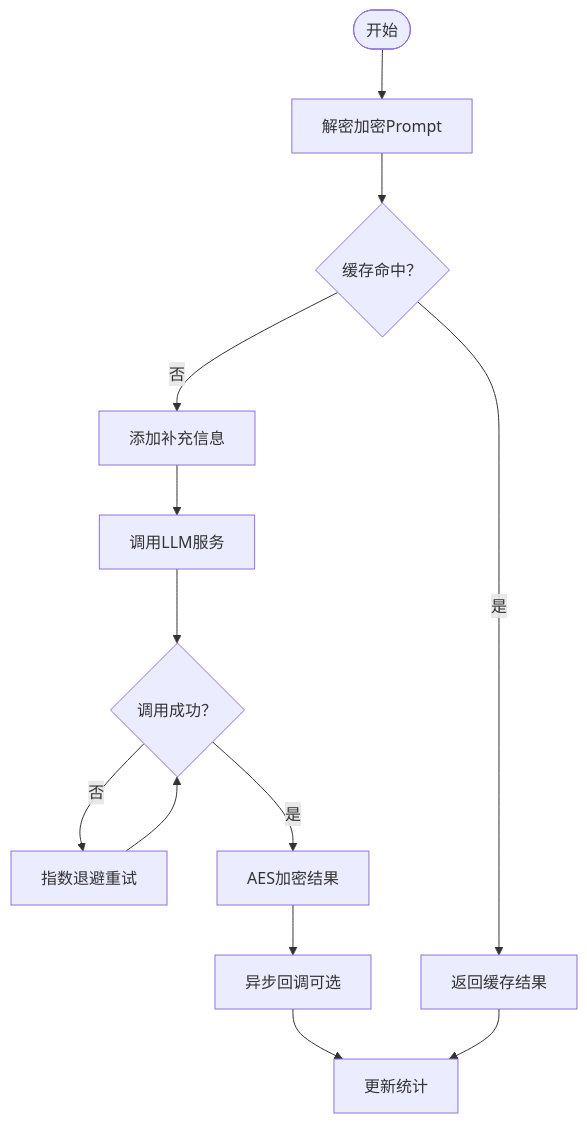
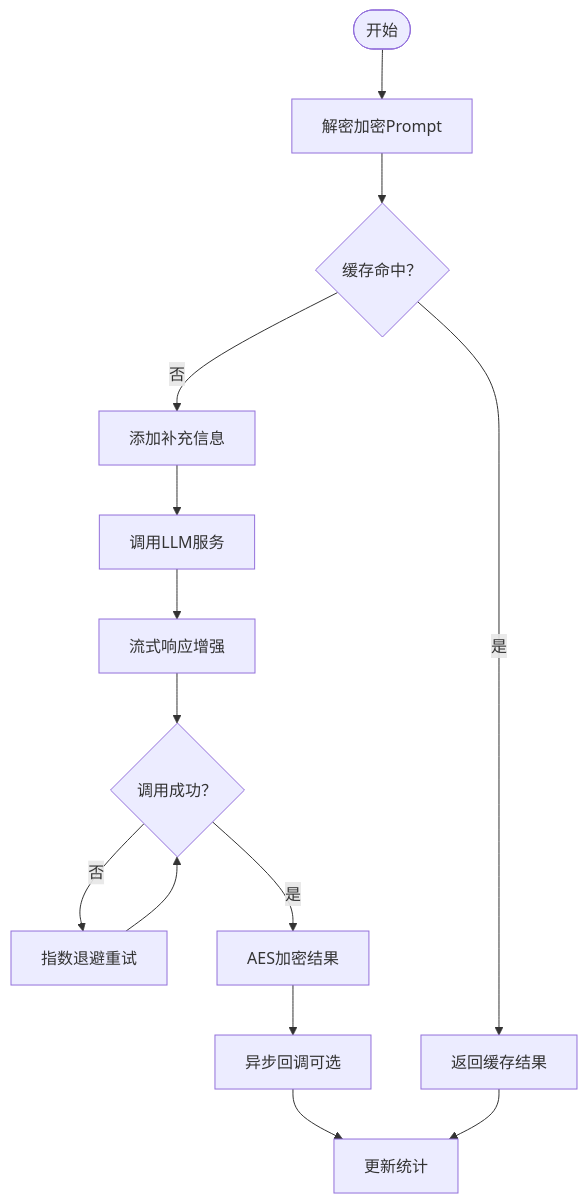
Before and after one commit to liuzh2008/med_ai_assistant_workspace: diagram 16 of 24 in .qoder/repowiki/zh/content/核心功能模块/AI诊断辅助系统.md, drawn with Mermaid. The commit also changed other lines of this file and 4 other files, not shown here.

````diff
--- a/.qoder/repowiki/zh/content/核心功能模块/AI诊断辅助系统.md
+++ b/.qoder/repowiki/zh/content/核心功能模块/AI诊断辅助系统.md
@@ -827,15 +926,16 @@
 ```mermaid
 flowchart TD
 Start(["开始"]) --> Decrypt["解密加密Prompt"]
 Decrypt --> CacheCheck{"缓存命中？"}
 CacheCheck --> |是| ReturnCache["返回缓存结果"]
 CacheCheck --> |否| AddContext["添加补充信息"]
 AddContext --> CallLLM["调用LLM服务"]
-CallLLM --> Retry{"调用成功？"}
+CallLLM --> StreamEnhancement["流式响应增强"]
+StreamEnhancement --> Retry{"调用成功？"}
 Retry --> |否| ExponentialBackoff["指数退避重试"]
 ExponentialBackoff --> Retry
 Retry --> |是| Encrypt["AES加密结果"]
 Encrypt --> Callback["异步回调可选"]
 Callback --> Stats["更新统计"]
 ReturnCache --> Stats
 ```
````
